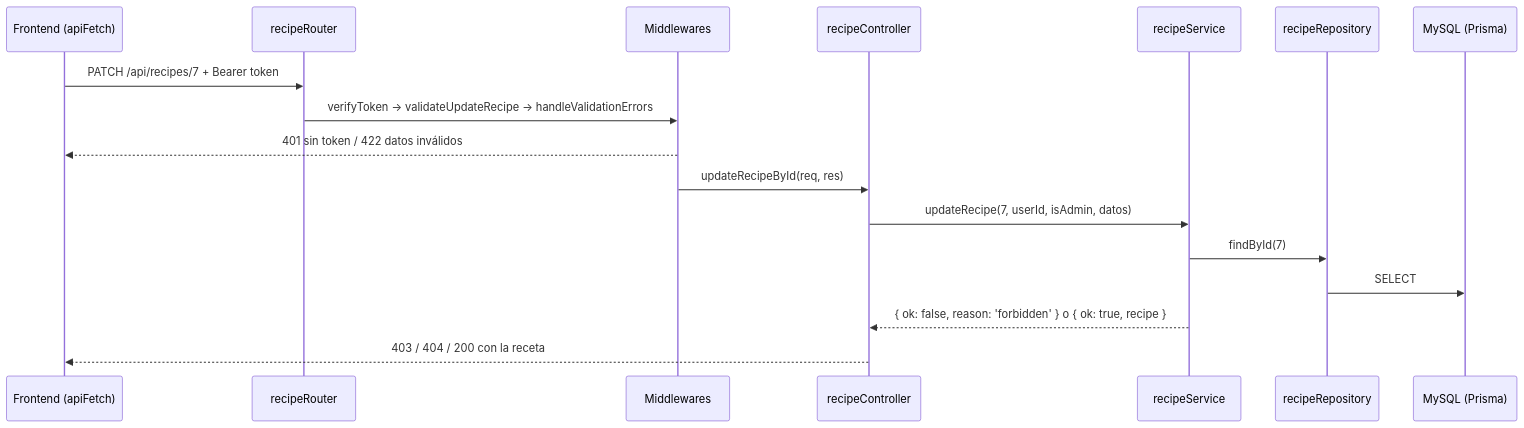
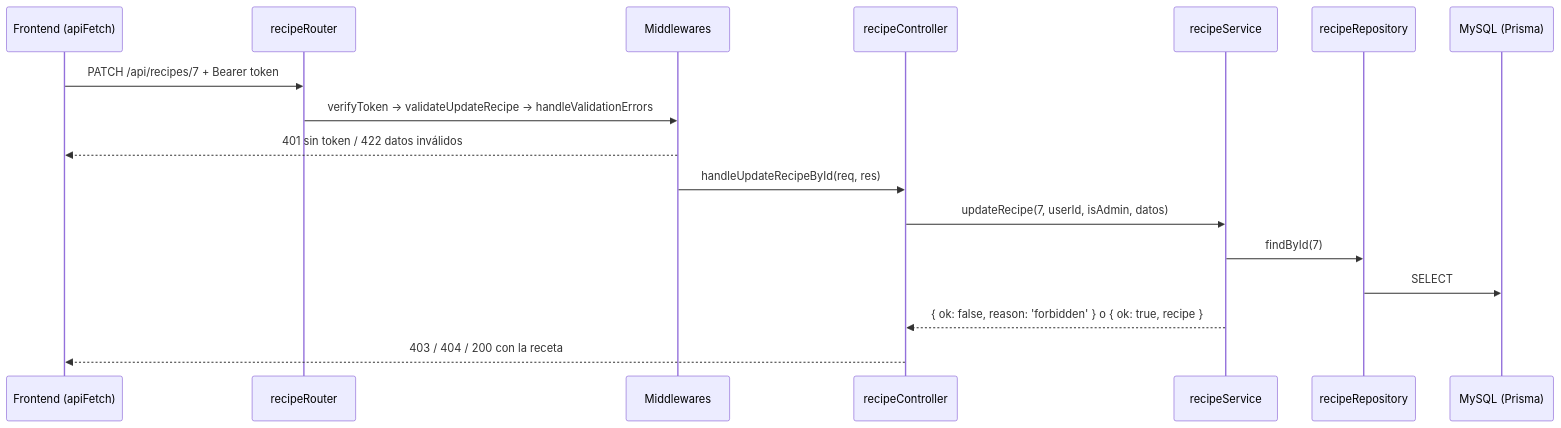
One commit to stefanoguerrina/tp-chefcito changed the first of 4 diagrams in docs/guia-defensa.md. Above: the diagram before and after it, drawn with Mermaid. The commit also changed 44 other files, not shown here.

````diff
--- a/docs/guia-defensa.md
+++ b/docs/guia-defensa.md
@@ -137,19 +137,19 @@
 ```mermaid
 sequenceDiagram
     participant F as Frontend (apiFetch)
     participant R as recipeRouter
     participant M as Middlewares
     participant C as recipeController
     participant S as recipeService
     participant Repo as recipeRepository
     participant DB as MySQL (Prisma)
     F->>R: PATCH /api/recipes/7 + Bearer token
     R->>M: verifyToken → validateUpdateRecipe → handleValidationErrors
     M-->>F: 401 sin token / 422 datos inválidos
-    M->>C: updateRecipeById(req, res)
+    M->>C: handleUpdateRecipeById(req, res)
     C->>S: updateRecipe(7, userId, isAdmin, datos)
     S->>Repo: findById(7)
     Repo->>DB: SELECT
     S-->>C: { ok: false, reason: 'forbidden' } o { ok: true, recipe }
     C-->>F: 403 / 404 / 200 con la receta
 ```
````
